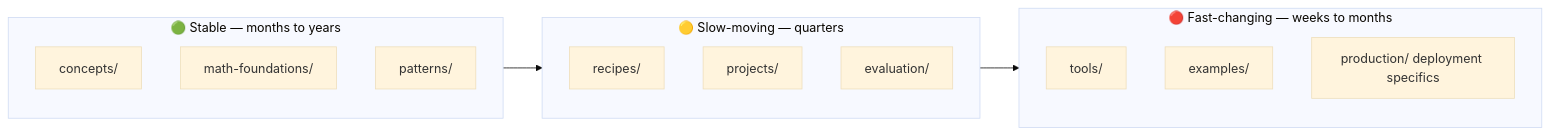
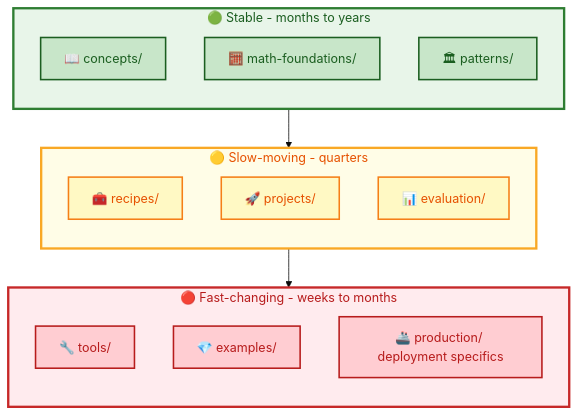
The second of 2 diagrams in README.md (MHHamdan/Agentic-AI-Engineer), drawn with Mermaid (base theme) before and after one commit. The commit also changed other lines of this file, not shown here.

Commit message:
docs(readme): refresh landing page with vertical diagrams and current repo map

````diff
--- a/README.md
+++ b/README.md
@@ -230,20 +282,40 @@
 ```mermaid
-flowchart LR
-    subgraph Stable[🟢 Stable — months to years]
-        S1[concepts/]
-        S2[math-foundations/]
-        S3[patterns/]
+flowchart TD
+    subgraph Stable["🟢 Stable - months to years"]
+        direction TB
+        S1[📖 concepts/]
+        S2[🧮 math-foundations/]
+        S3[🏛 patterns/]
     end
-    subgraph SlowMoving[🟡 Slow-moving — quarters]
-        M1[recipes/]
-        M2[projects/]
-        M3[evaluation/]
+
+    subgraph SlowMoving["🟡 Slow-moving - quarters"]
+        direction TB
+        M1[🧰 recipes/]
+        M2[🚀 projects/]
+        M3[📊 evaluation/]
     end
-    subgraph FastChanging[🔴 Fast-changing — weeks to months]
-        F1[tools/]
-        F2[examples/]
-        F3[production/ deployment specifics]
+
+    subgraph FastChanging["🔴 Fast-changing - weeks to months"]
+        direction TB
+        F1[🔧 tools/]
+        F2[💎 examples/]
+        F3[🚢 production/ deployment specifics]
     end
+
     Stable --> SlowMoving
     SlowMoving --> FastChanging
+
+    classDef stable fill:#c8e6c9,stroke:#1b5e20,stroke-width:2px,color:#1b5e20
+    classDef slow fill:#fff9c4,stroke:#f57f17,stroke-width:2px,color:#e65100
+    classDef fast fill:#ffcdd2,stroke:#b71c1c,stroke-width:2px,color:#b71c1c
+    classDef sgStable fill:#e8f5e9,stroke:#2e7d32,stroke-width:3px,color:#1b5e20
+    classDef sgSlow fill:#fffde7,stroke:#f9a825,stroke-width:3px,color:#e65100
+    classDef sgFast fill:#ffebee,stroke:#c62828,stroke-width:3px,color:#b71c1c
+
+    class S1,S2,S3 stable
+    class M1,M2,M3 slow
+    class F1,F2,F3 fast
+    class Stable sgStable
+    class SlowMoving sgSlow
+    class FastChanging sgFast
 ```
````
